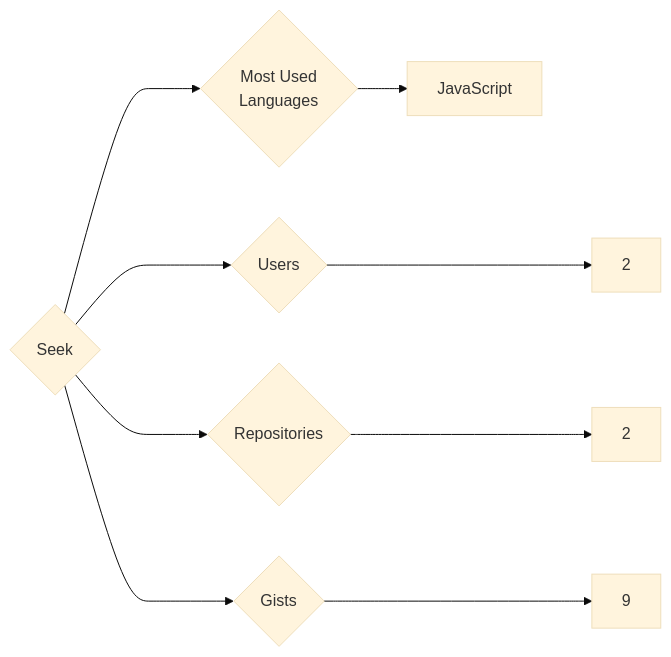
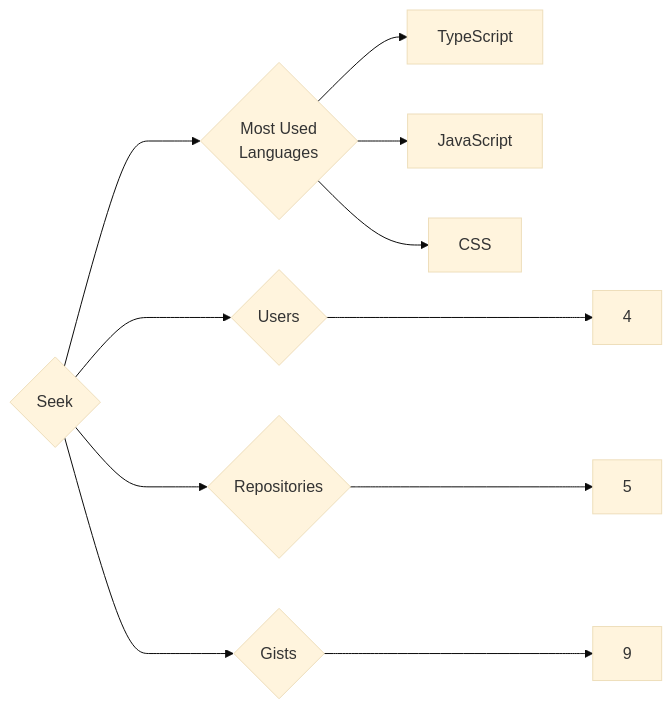
Before and after one commit to trickest/insiders: the diagram in targets/Seek/README.md, drawn with Mermaid (base theme). The commit also changed 695 other files, not shown here.

````diff
--- a/targets/Seek/README.md
+++ b/targets/Seek/README.md
@@ -3,9 +3,11 @@
 ```mermaid
 graph LR
 COMPANY_NAME{Seek}
-COMPANY_NAME ---> U{Users} ---> UN[2]
-COMPANY_NAME ---> R{Repositories} ---> RN[2]
+COMPANY_NAME ---> U{Users} ---> UN[4]
+COMPANY_NAME ---> R{Repositories} ---> RN[5]
 COMPANY_NAME ---> G{Gists} ---> GN[9]
 COMPANY_NAME ---> ML{Most Used<br>Languages}
+ML --> TypeScript[TypeScript]
 ML --> JavaScript[JavaScript]
+ML --> CSS[CSS]
 ```
````
